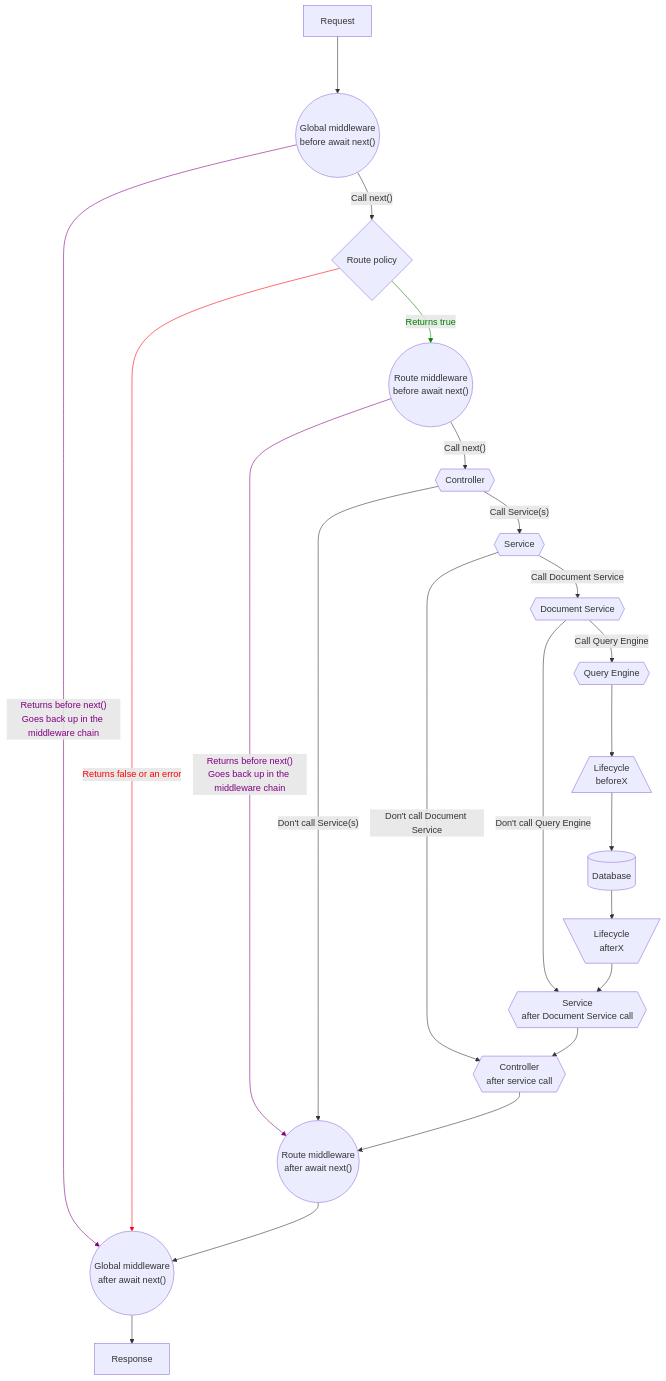
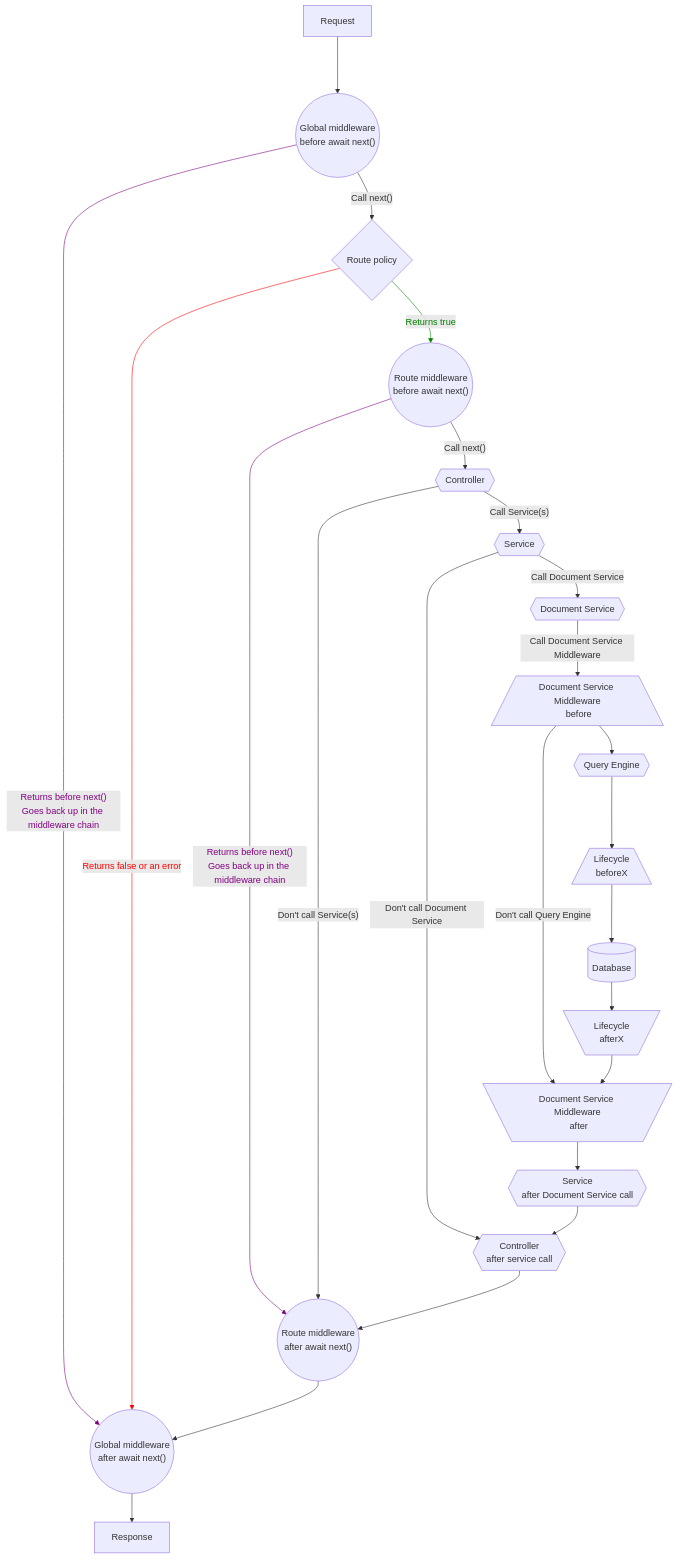
Before and after one commit to strapi/documentation: the diagram in docusaurus/docs/dev-docs/backend-customization.md, drawn with Mermaid. The commit also changed other lines of this file, not shown here.

Commit message:
Include DS middlewares in backend customization overview diagram

````diff
--- a/docusaurus/docs/dev-docs/backend-customization.md
+++ b/docusaurus/docs/dev-docs/backend-customization.md
@@ -66,44 +66,49 @@
 ```mermaid
 graph TB
     request[Request] ---> globalMiddlewareA(("Global middleware<br/>before await next()"))
     globalMiddlewareA --"Call next()"--> routePolicy{Route policy}
     globalMiddlewareA --"Returns before next()<br>Goes back up in the middleware chain"-->globalMiddlewareB
     routePolicy --Returns true--> routeMiddlewareA(("Route middleware<br/>before await next()"))
     routePolicy --Returns false or an error-->globalMiddlewareB
     routeMiddlewareA --"Returns before next()<br>Goes back up in the middleware chain"-->routeMiddlewareB
     routeMiddlewareA --"Call next()"--> controllerA{{Controller}}
     controllerA --"Call Service(s)"--> serviceA{{Service}}
     controllerA --"Don't call Service(s)" --> routeMiddlewareB
     serviceA --"Call Document Service" --> documentService{{Document Service}}
     serviceA --"Don't call Document Service" --> controllerB
-    documentService --"Call Query Engine"--> queryEngine{{Query Engine}}
-    documentService --"Don't call Query Engine" --> serviceB
-    queryEngine --> lifecyclesBefore[/Lifecycle<br> beforeX\] 
+    documentService --"Call Document Service Middleware"--> dsMiddlewareBefore{{Document Service Middleware}}
+    dsMiddlewareBefore[/"Document Service Middleware"<br> before\]
+    dsMiddlewareBefore --> queryEngine
+    dsMiddlewareBefore --"Don't call Query Engine" --> dsMiddlewareAfter
+    queryEngine{{"Query Engine"}} --> lifecyclesBefore[/Lifecycle<br> beforeX\] 
     lifecyclesBefore[/Lifecycle<br> beforeX\] --> database[(Database)]
     database --> lifecyclesAfter[\Lifecycle<br> afterX/]
-    lifecyclesAfter --> serviceB{{"Service<br/>after Document Service call"}}
+    lifecyclesAfter --> dsMiddlewareAfter[\"Document Service Middleware"<br> after/]
+    dsMiddlewareAfter --> serviceB{{"Service<br/>after Document Service call"}}
     serviceB --> controllerB{{"Controller<br/>after service call"}}
     controllerB --> routeMiddlewareB(("Route middleware<br/>after await next()"))
     routeMiddlewareB --> globalMiddlewareB(("Global middleware<br/>after await next()"))
     globalMiddlewareB --> response[Response]
     linkStyle 3 stroke:green,color:green
     linkStyle 4 stroke:red,color:red
     linkStyle 2 stroke:purple,color:purple
     linkStyle 5 stroke:purple,color:purple
     click request "/dev-docs/backend-customization/requests-responses"
     click globalMiddlewareA "/dev-docs/backend-customization/middlewares"
     click globalMiddlewareB "/dev-docs/backend-customization/middlewares"
     click routePolicy "/dev-docs/backend-customization/routes"
     click routeMiddlewareA "/dev-docs/backend-customization/routes"
     click routeMiddlewareB "/dev-docs/backend-customization/routes"
     click controllerA "/dev-docs/backend-customization/controllers"
     click controllerB "/dev-docs/backend-customization/controllers"
     click serviceA "/dev-docs/backend-customization/services"
     click serviceB "/dev-docs/backend-customization/services"
     click documentService "/dev-docs/api/document-service"
     click lifecyclesBefore "/dev-docs/backend-customization/models#lifecycle-hooks"
     click queryEngine "/dev-docs/api/query-engine/"
     click lifecyclesAfter "/dev-docs/backend-customization/models#lifecycle-hooks"
     click response "/dev-docs/backend-customization/requests-responses"
     click queryEngine "/dev-docs/api/query-engine"
+    click dsMiddlewareBefore "/dev-docs/api/document-service/middlewares"
+    click dsMiddlewareAfter "/dev-docs/api/document-service/middlewares"
 ```
````
